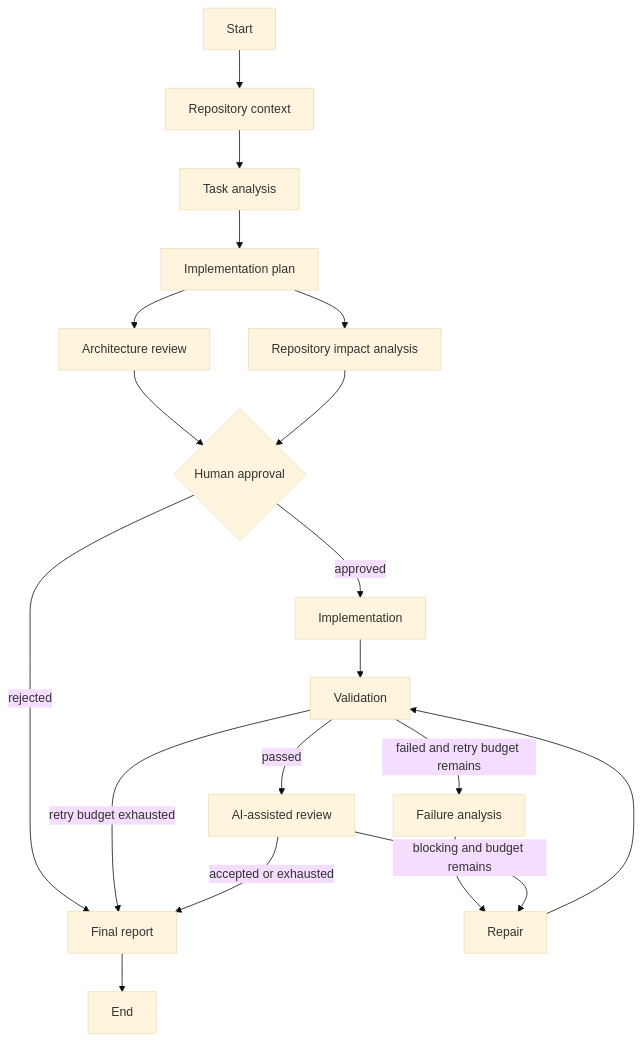
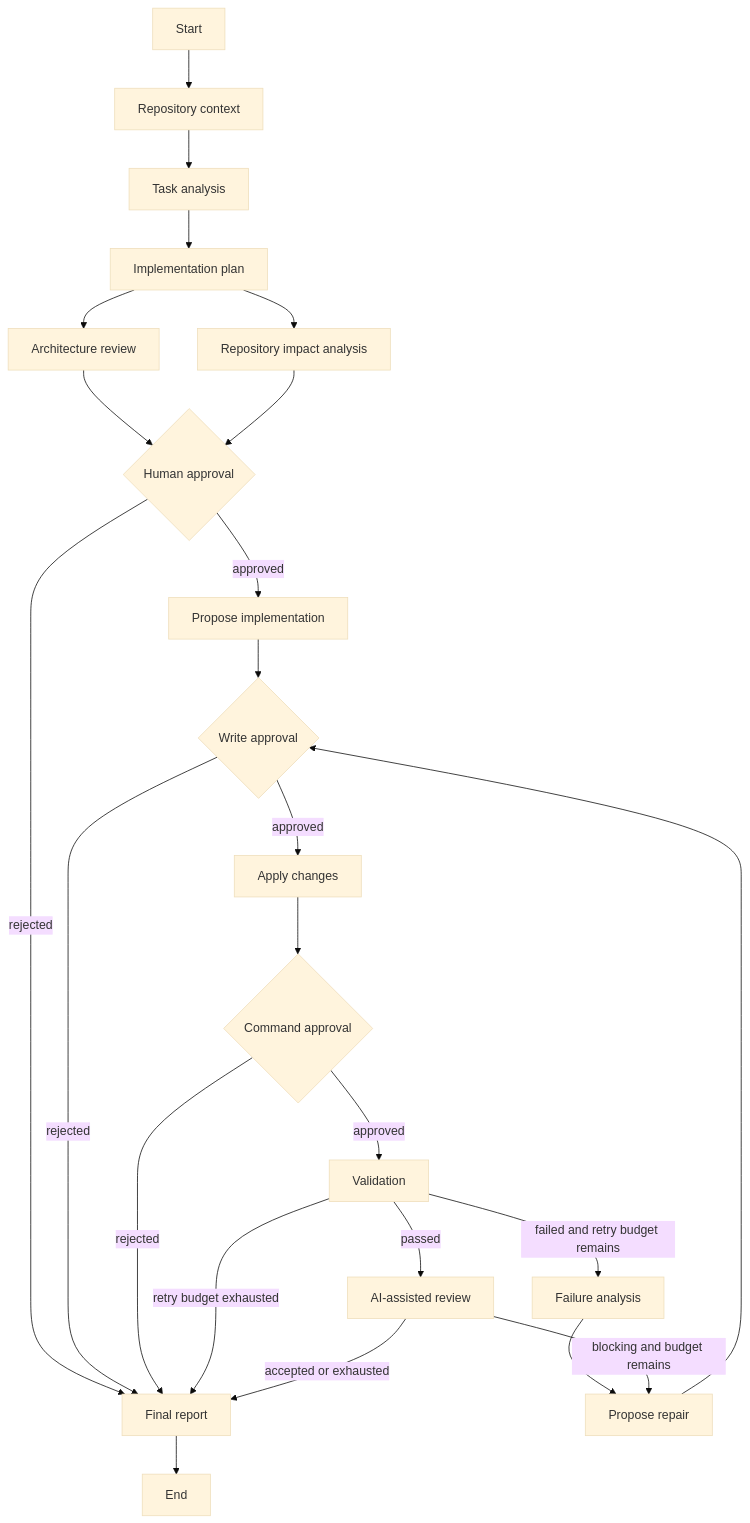
The second of 3 diagrams in docs/architecture.md (chasesaurabh/taskpilot-ai), drawn with Mermaid (base theme) before and after one commit. The commit also changed other lines of this file and 46 other files, not shown here.

Commit message:
feat: complete governed execution roadmap

````diff
--- a/docs/architecture.md
+++ b/docs/architecture.md
@@ -39,21 +39,26 @@
 ```mermaid
 flowchart TD
     Start --> Context[Repository context]
     Context --> Analyze[Task analysis]
     Analyze --> Plan[Implementation plan]
     Plan --> Architecture[Architecture review]
     Plan --> Impact[Repository impact analysis]
     Architecture --> Approval{Human approval}
     Impact --> Approval
-    Approval -->|approved| Implement[Implementation]
+    Approval -->|approved| Implement[Propose implementation]
     Approval -->|rejected| Report[Final report]
-    Implement --> Test[Validation]
+    Implement --> WriteApproval{Write approval}
+    WriteApproval -->|approved| Apply[Apply changes]
+    WriteApproval -->|rejected| Report
+    Apply --> CommandApproval{Command approval}
+    CommandApproval -->|approved| Test[Validation]
+    CommandApproval -->|rejected| Report
     Test -->|passed| Review[AI-assisted review]
     Test -->|failed and retry budget remains| Diagnose[Failure analysis]
-    Diagnose --> Repair[Repair]
-    Repair --> Test
+    Diagnose --> Repair[Propose repair]
+    Repair --> WriteApproval
     Test -->|retry budget exhausted| Report
     Review -->|blocking and budget remains| Repair
     Review -->|accepted or exhausted| Report
     Report --> End
 ```
````
